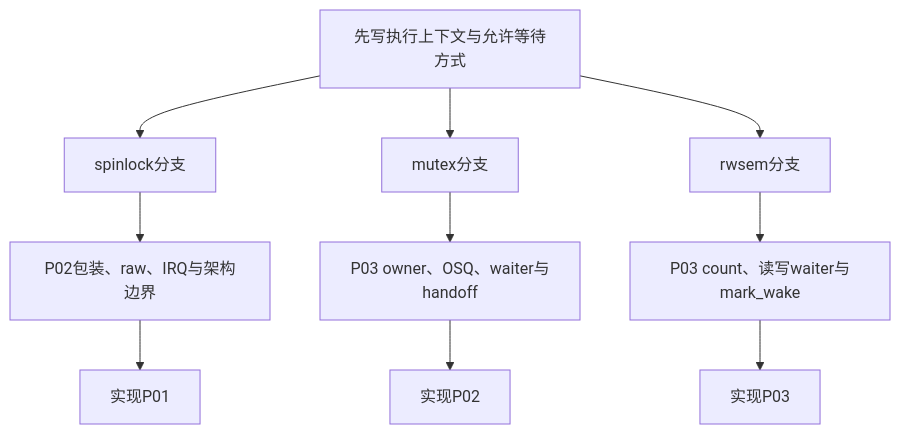
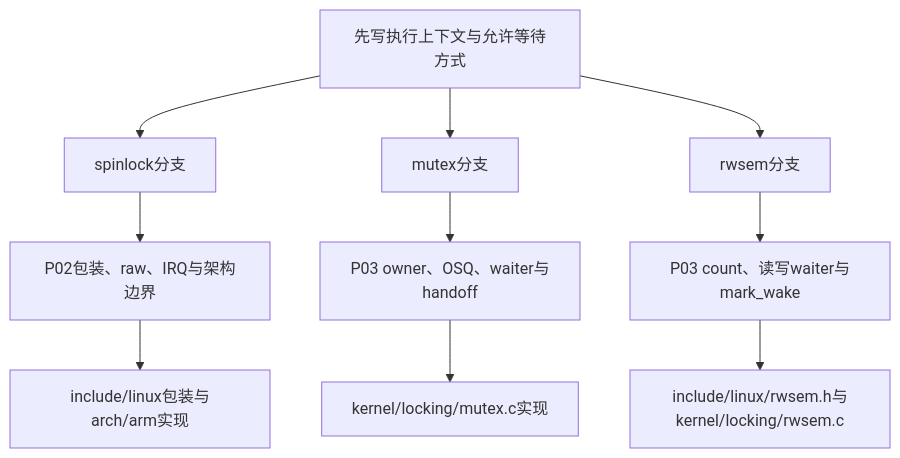
The diagram in research/source_reading/locking/navigation/P01_Linux_6.12_锁源码总阅读索引.md (FormingSystem/linux_note), drawn with Mermaid before and after one commit. The commit also changed other lines of this file and 5 other files, not shown here.

````diff
--- a/research/source_reading/locking/navigation/P01_Linux_6.12_锁源码总阅读索引.md
+++ b/research/source_reading/locking/navigation/P01_Linux_6.12_锁源码总阅读索引.md
@@ -35,12 +35,12 @@
 ```mermaid
 flowchart TD
     A["先写执行上下文与允许等待方式"] --> S["spinlock分支"]
     A --> M["mutex分支"]
     A --> R["rwsem分支"]
     S --> S1["P02包装、raw、IRQ与架构边界"]
     M --> M1["P03 owner、OSQ、waiter与handoff"]
     R --> R1["P03 count、读写waiter与mark_wake"]
-    S1 --> I1["实现P01"]
-    M1 --> I2["实现P02"]
-    R1 --> I3["实现P03"]
+    S1 --> I1["include/linux包装与arch/arm实现"]
+    M1 --> I2["kernel/locking/mutex.c实现"]
+    R1 --> I3["include/linux/rwsem.h与kernel/locking/rwsem.c"]
 ```
````
